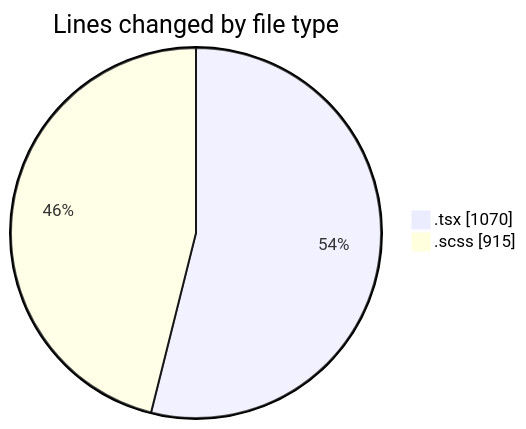
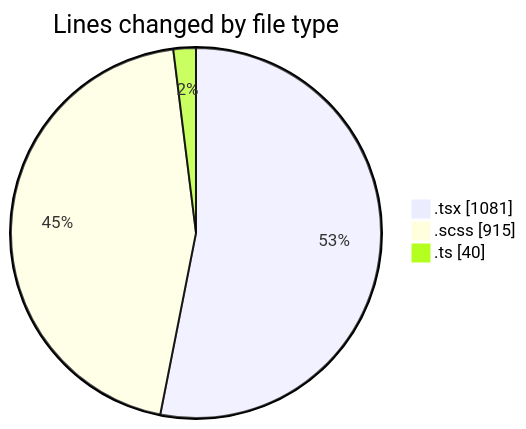
The first of 2 diagrams in 2025-03-27/cda/README.md (momahboobian/code-tracking), drawn with Mermaid before and after one commit. The commit also changed other lines of this file and 1 other file, not shown here.

````diff
--- a/2025-03-27/cda/README.md
+++ b/2025-03-27/cda/README.md
@@ -25,6 +26,7 @@
 ```mermaid
 pie showData
 title Lines changed by file type
-".tsx" : 1070
+".tsx" : 1081
 ".scss" : 915
+".ts" : 40
 ```
````
